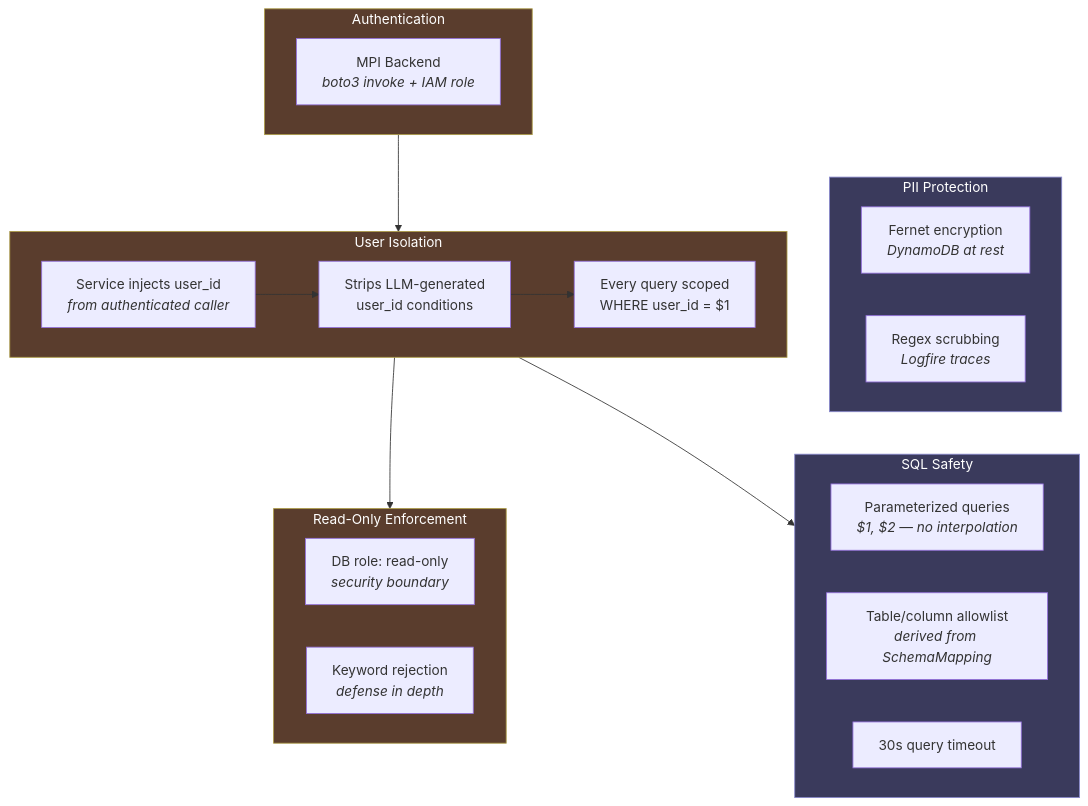
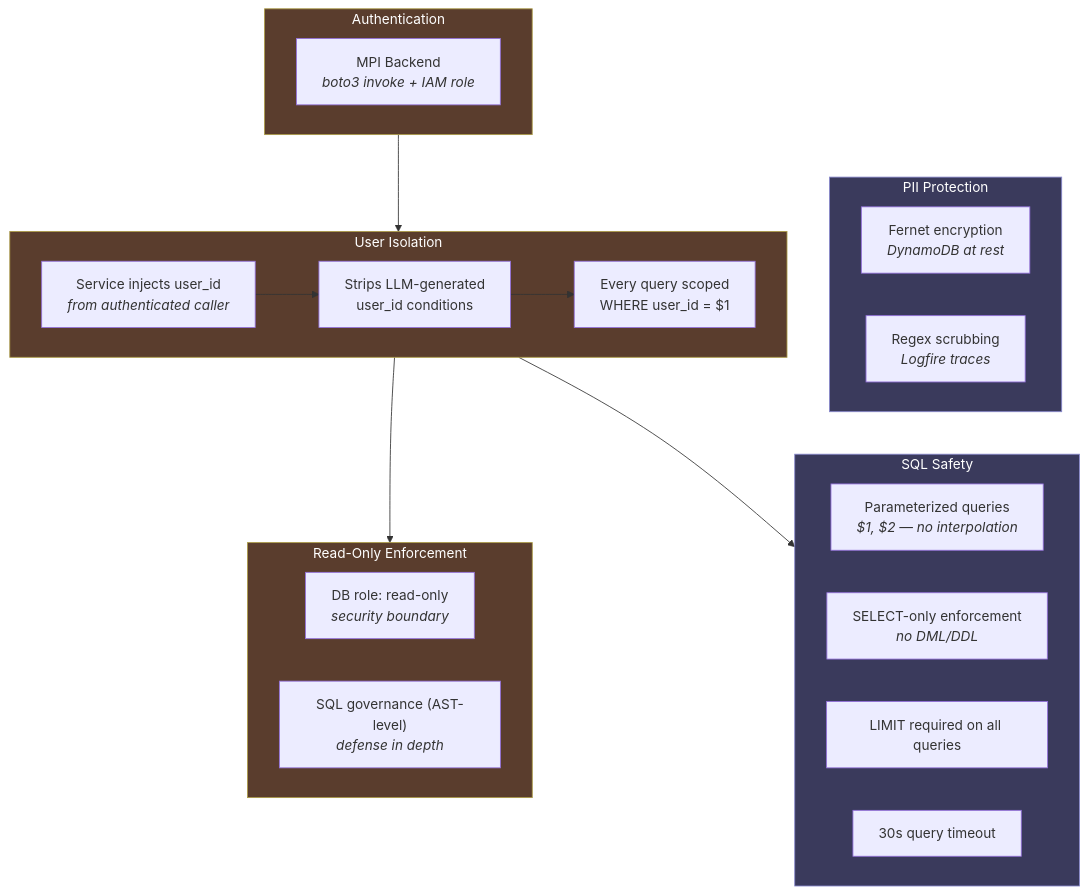
Before and after one commit to maxibove13/finance-query-agent: the seventh of 7 diagrams in README.md, drawn with Mermaid. The commit also changed other lines of this file and 1 other file, not shown here.

First line of the commit message:
docs: update README and spec for text-to-SQL architecture [MPI-209]

````diff
--- a/README.md
+++ b/README.md
@@ -216,40 +193,41 @@
 ```mermaid
 graph TB
     subgraph AUTH["Authentication"]
         IAM["MPI Backend<br/><i>boto3 invoke + IAM role</i>"]
     end
 
     subgraph ISOLATION["User Isolation"]
         INJ["Service injects user_id<br/><i>from authenticated caller</i>"]
         STRIP["Strips LLM-generated<br/>user_id conditions"]
         SCOPE["Every query scoped<br/>WHERE user_id = $1"]
         INJ --> STRIP --> SCOPE
     end
 
     subgraph READONLY["Read-Only Enforcement"]
         ROLE["DB role: read-only<br/><i>security boundary</i>"]
-        KW["Keyword rejection<br/><i>defense in depth</i>"]
+        GOV["SQL governance (AST-level)<br/><i>defense in depth</i>"]
     end
 
     subgraph PII["PII Protection"]
         FERNET["Fernet encryption<br/><i>DynamoDB at rest</i>"]
         REGEX["Regex scrubbing<br/><i>Logfire traces</i>"]
     end
 
     subgraph SQLS["SQL Safety"]
         PARAM["Parameterized queries<br/><i>$1, $2 — no interpolation</i>"]
-        ALLOW["Table/column allowlist<br/><i>derived from SchemaMapping</i>"]
+        SELONLY["SELECT-only enforcement<br/><i>no DML/DDL</i>"]
+        LIMIT["LIMIT required on all queries"]
         TIMEOUT["30s query timeout"]
     end
 
     AUTH --> ISOLATION
     ISOLATION --> READONLY
     ISOLATION --> SQLS
     PII ~~~ SQLS
 
     style AUTH fill:#5a3d2d,stroke:#a94,color:#fff
     style ISOLATION fill:#5a3d2d,stroke:#a94,color:#fff
     style READONLY fill:#5a3d2d,stroke:#a94,color:#fff
     style PII fill:#3a3a5c,stroke:#88c,color:#fff
     style SQLS fill:#3a3a5c,stroke:#88c,color:#fff
 ```
````
